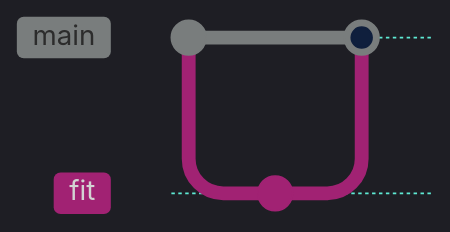
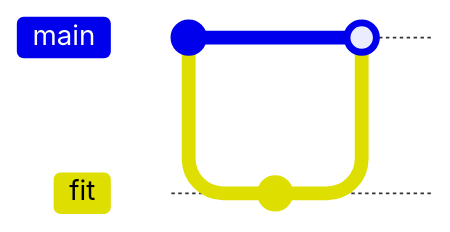
One commit to MindaugasSarpis/CERN_lessons_on_data_analysis changed the fourth of 4 diagrams in lectures/content/slides/05_Markdown_and_VS_Code.md. Above: the diagram before and after it, drawn with Mermaid. The commit also changed other lines of this file and 11 other files, not shown here. Commit ids are hidden.

````diff
--- a/lectures/content/slides/05_Markdown_and_VS_Code.md
+++ b/lectures/content/slides/05_Markdown_and_VS_Code.md
@@ -856,9 +853,9 @@
 ```mermaid {scale: 0.7}
-%%{init: {'theme': 'dark', 'themeVariables': {'primaryColor': '#0f1f3d', 'primaryBorderColor': '#60a5fa', 'primaryTextColor': '#e2e8f0', 'lineColor': '#5eead4'}, 'gitGraph': {'showCommitLabel': false}}}%%
+%%{init: {'gitGraph': {'showCommitLabel': false}}}%%
 gitGraph
   commit
   branch fit
   commit
   checkout main
   merge fit
 ```
````
